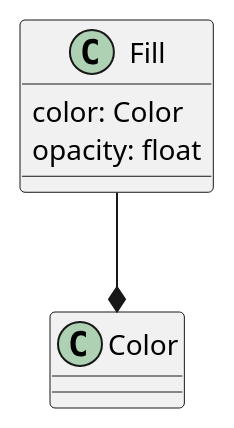
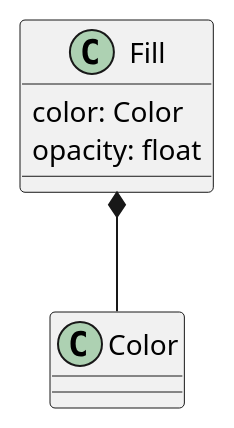
The fifth of 11 diagrams in core/sections/clause_8_vector.adoc (opengeospatial/styles-and-symbology), drawn with PlantUML before and after one commit. The commit also changed other lines of this file and 10 other files, not shown here.

```diff
--- a/core/sections/clause_8_vector.adoc
+++ b/core/sections/clause_8_vector.adoc
@@ -167,6 +167,6 @@
 [plantuml, target=diagram-classes, format=png]
 ....
 Fill : color: Color
 Fill : opacity: float
-Fill --* Color
+Fill *-- Color
 ....
```
